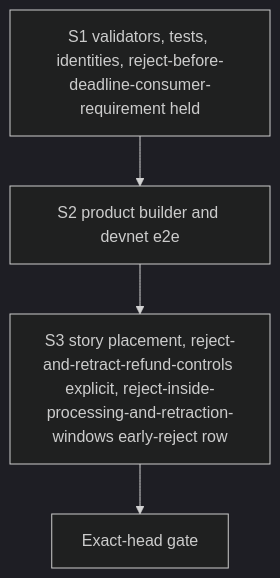
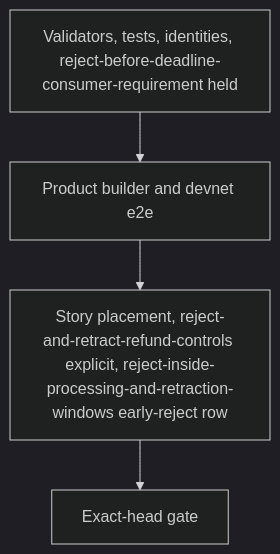
Before and after one commit to lambdasistemi/singular: the diagram in specs/320-early-request-rejection/plan.md, drawn with Mermaid (dark theme). The commit also changed 124 other files, not shown here.

````diff
--- a/specs/320-early-request-rejection/plan.md
+++ b/specs/320-early-request-rejection/plan.md
@@ -7,6 +7,6 @@
 ```mermaid
 flowchart TD
-    S1[S1 validators, tests, identities, reject-before-deadline-consumer-requirement held] --> S2[S2 product builder and devnet e2e]
-    S2 --> S3[S3 story placement, reject-and-retract-refund-controls explicit, reject-inside-processing-and-retraction-windows early-reject row]
+    S1[Validators, tests, identities, reject-before-deadline-consumer-requirement held] --> S2[Product builder and devnet e2e]
+    S2 --> S3[Story placement, reject-and-retract-refund-controls explicit, reject-inside-processing-and-retraction-windows early-reject row]
     S3 --> G[Exact-head gate]
 ```
````
